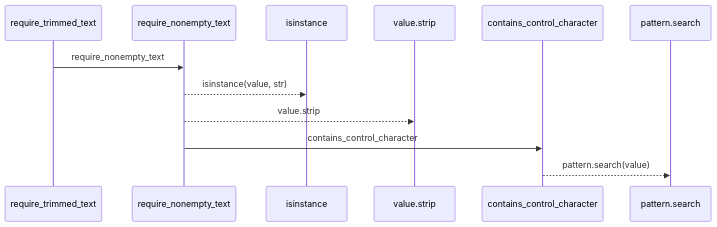
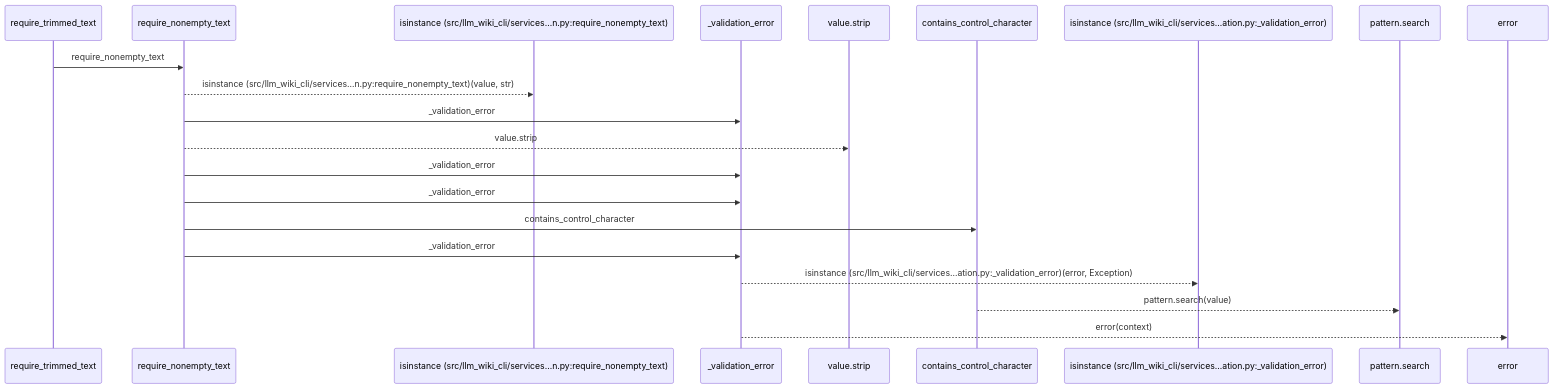
One commit to Denissvgn/python-wiki-llm changed the first of 2 diagrams in docs/llm_wiki/flows/api-require_trimmed_text.md. Above: the diagram before and after it, drawn with Mermaid. The commit also changed other lines of this file and 627 other files, not shown here.

````diff
--- a/docs/llm_wiki/flows/api-require_trimmed_text.md
+++ b/docs/llm_wiki/flows/api-require_trimmed_text.md
@@ -12,14 +12,23 @@
 ```mermaid
 sequenceDiagram
     participant p0 as require_trimmed_text
     participant p1 as require_nonempty_text
-    participant p2 as isinstance
-    participant p3 as value.strip
-    participant p4 as contains_control_character
-    participant p5 as pattern.search
+    participant p2 as isinstance (src/llm_wiki_cli/services…n.py:require_nonempty_text)
+    participant p3 as _validation_error
+    participant p4 as value.strip
+    participant p5 as contains_control_character
+    participant p6 as isinstance (src/llm_wiki_cli/services…ation.py:_validation_error)
+    participant p7 as pattern.search
+    participant p8 as error
     p0->>p1: require_nonempty_text
-    p1-->>p2: isinstance(value, str)
-    p1-->>p3: value.strip
-    p1->>p4: contains_control_character
-    p4-->>p5: pattern.search(value)
+    p1-->>p2: isinstance (src/llm_wiki_cli/services…n.py:require_nonempty_text)(value, str)
+    p1->>p3: _validation_error
+    p1-->>p4: value.strip
+    p1->>p3: _validation_error
+    p1->>p3: _validation_error
+    p1->>p5: contains_control_character
+    p1->>p3: _validation_error
+    p3-->>p6: isinstance (src/llm_wiki_cli/services…ation.py:_validation_error)(error, Exception)
+    p5-->>p7: pattern.search(value)
+    p3-->>p8: error(context)
 ```
````
